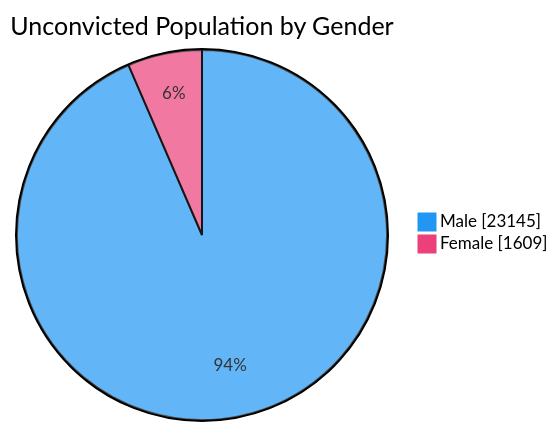
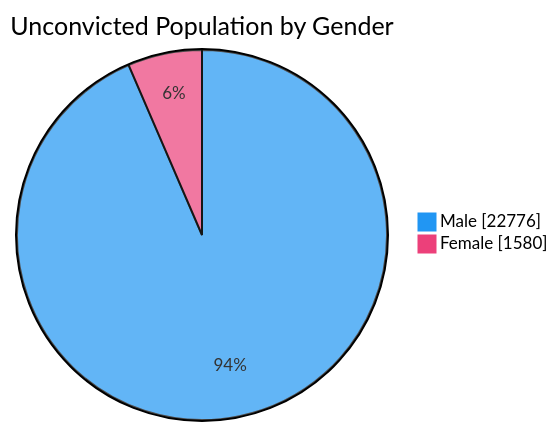
The fourth of 7 diagrams in README.md (nuuuwan/lk_prisons), drawn with Mermaid before and after one commit. The commit also changed other lines of this file and 1 other file, not shown here.

````diff
--- a/README.md
+++ b/README.md
@@ -76,6 +76,6 @@
 ```mermaid
 %%{init: {'themeVariables': {'pie1': '#2196F3', 'pie2': '#EC407A'}}}%%
 pie showData title Unconvicted Population by Gender
-    "Male" : 23145
-    "Female" : 1609
+    "Male" : 22776
+    "Female" : 1580
 ```
````
